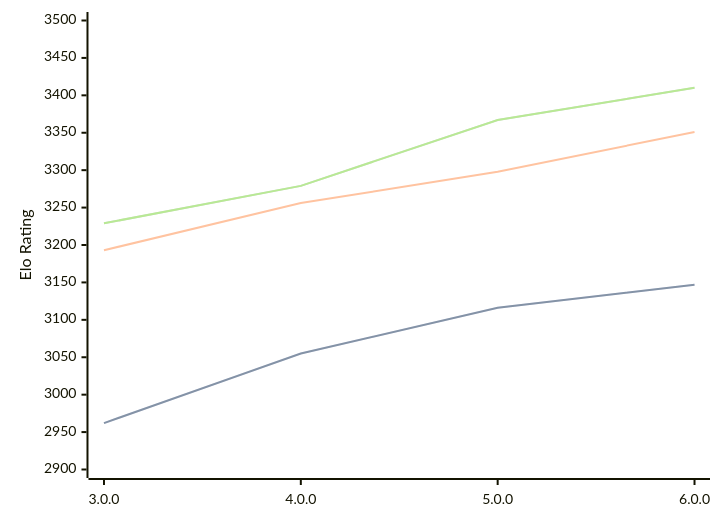
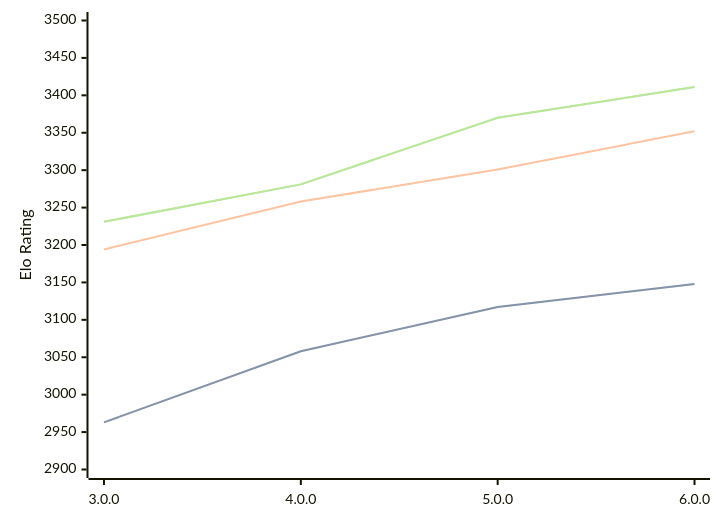
Before and after one commit to computer-chess-index/cci: the diagram in engines/Minke.md, drawn with Mermaid. The commit also changed other lines of this file, not shown here.

Commit message:
Update CCI Ratings (ELO VLTC) - 2026-06-11

````diff
--- a/engines/Minke.md
+++ b/engines/Minke.md
@@ -36,11 +36,11 @@
 ```mermaid
 %%{init: {"theme":"base","themeVariables":{"seriesColors:['#a3a3a3','#222221','#faa371']}}}%%
 xychart-beta
   x-axis ["3.0.0", "4.0.0", "5.0.0", "6.0.0"]
   y-axis "Elo Rating" 2900 --> 3500
-  line "STC (8.0+0.08s)" [2962, 3055, 3116, 3147]
-  line "STC (8.0+0.08s)" [2962, 3055, 3116, 3147]
-  line "LTC (60.0+0.60s)" [3193, 3256, 3298, 3351]
-  line "VLTC (2m24s+1.12s)" [3229, 3279, 3367, 3410]
-  line "VLTC (2m24s+1.12s)" [3229, 3279, 3367, 3410]
+  line "STC (8.0+0.08s)" [2963, 3058, 3117, 3148]
+  line "STC (8.0+0.08s)" [2963, 3058, 3117, 3148]
+  line "LTC (60.0+0.60s)" [3194, 3258, 3301, 3352]
+  line "VLTC (2m24s+1.12s)" [3231, 3281, 3370, 3411]
+  line "VLTC (2m24s+1.12s)" [3231, 3281, 3370, 3411]
 ```
````
